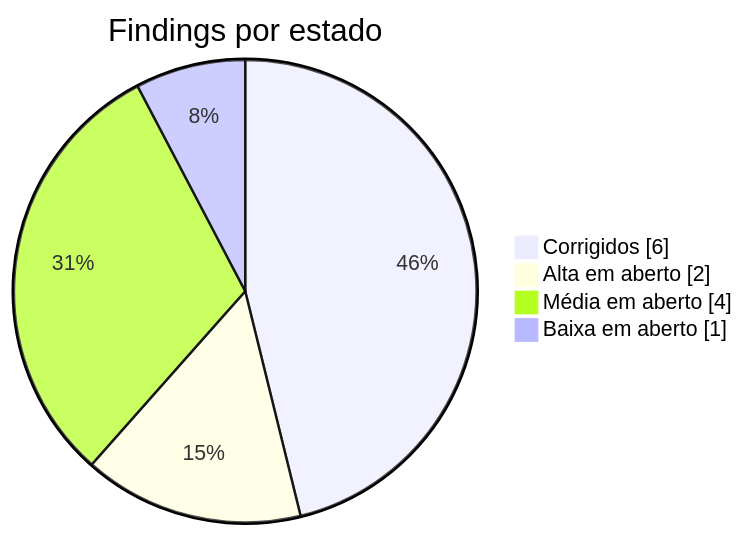
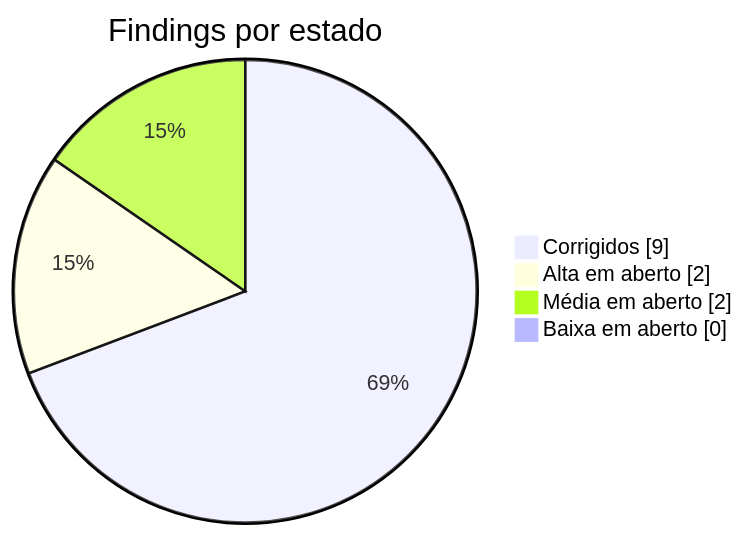
The first of 2 diagrams in docs/06-engineering/technical-debt.md (joaocarvalhini/Outlook-Reply-Assistant), drawn with Mermaid before and after one commit. The commit also changed other lines of this file and 8 other files, not shown here.

````diff
--- a/docs/06-engineering/technical-debt.md
+++ b/docs/06-engineering/technical-debt.md
@@ -20,8 +20,8 @@
 ```mermaid
 pie showData
     title Findings por estado
-    "Corrigidos" : 6
+    "Corrigidos" : 9
     "Alta em aberto" : 2
-    "Média em aberto" : 4
-    "Baixa em aberto" : 1
+    "Média em aberto" : 2
+    "Baixa em aberto" : 0
 ```
````
